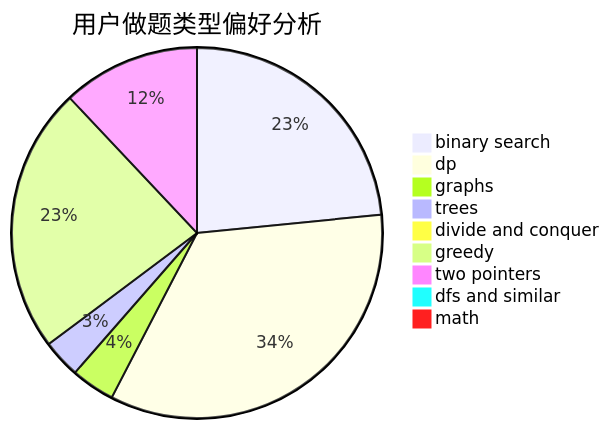
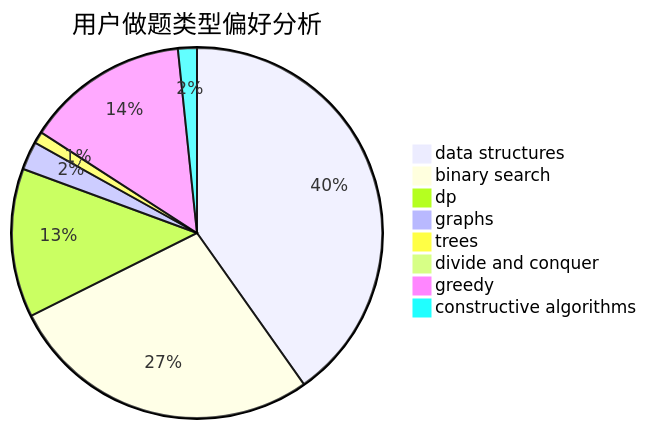
The second of 3 diagrams in docs/user/u1772.md (sherpahu/cfrs.github.io), drawn with Mermaid before and after one commit. The commit also changed other lines of this file and 2775 other files, not shown here.

````diff
--- a/docs/user/u1772.md
+++ b/docs/user/u1772.md
@@ -23,12 +23,11 @@
 ```mermaid
 pie title 用户做题类型偏好分析
-    "binary search" :  337
-    "dp" :  492
-    "graphs" :  55
-    "trees" :  48
+    "data structures" :  195
+    "binary search" :  133
+    "dp" :  63
+    "graphs" :  12
+    "trees" :  5
     "divide and conquer" :  0
-    "greedy" :  334
-    "two pointers" :  173
-    "dfs and similar" :  4
-    "math" :  4
+    "greedy" :  69
+    "constructive algorithms" :  8
 ```
````
